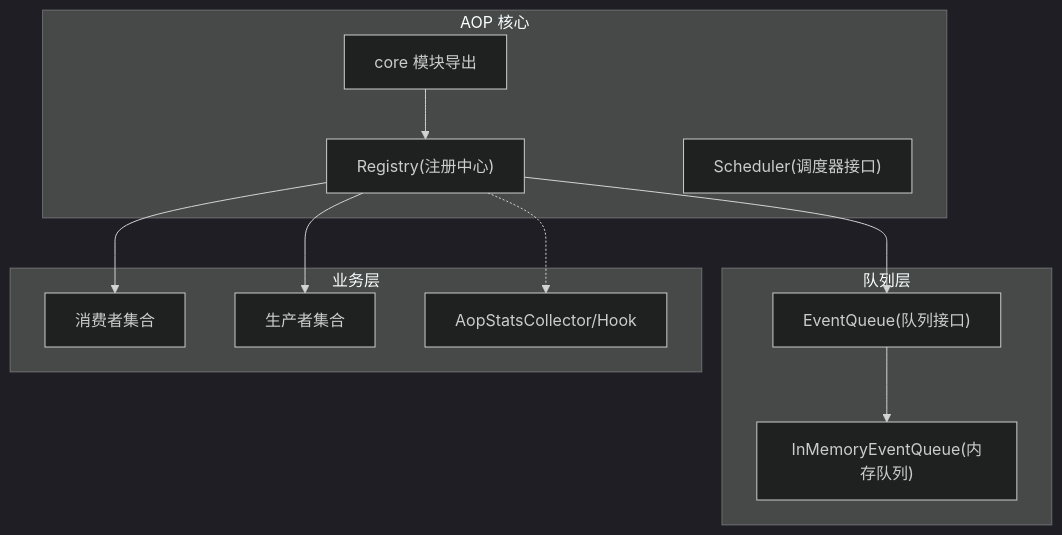
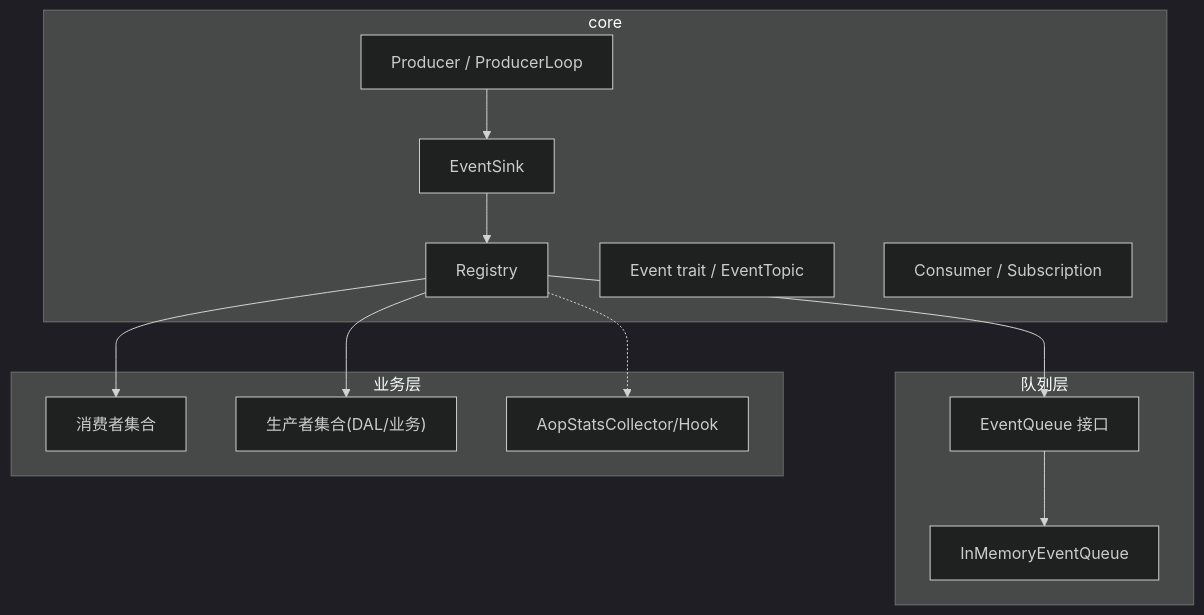
Before and after one commit to runningcoders/ai_orz: the first of 6 diagrams in docs/wiki/zh/content/核心模块/AOP 事件系统/AOP 事件系统.md, drawn with Mermaid (dark theme). The commit also changed other lines of this file and 37 other files, not shown here.

````diff
--- a/docs/wiki/zh/content/核心模块/AOP 事件系统/AOP 事件系统.md
+++ b/docs/wiki/zh/content/核心模块/AOP 事件系统/AOP 事件系统.md
@@ -59,23 +67,26 @@
 ```mermaid
 graph TB
-subgraph "AOP 核心"
-REG["Registry(注册中心)"]
-CORE_MOD["core 模块导出"]
-SCHED["Scheduler(调度器接口)"]
+subgraph "core"
+REG["Registry"]
+EV["Event trait / EventTopic"]
+CS["Consumer / Subscription"]
+PR["Producer / ProducerLoop"]
+ES["EventSink"]
 end
 subgraph "队列层"
-Q_IF["EventQueue(队列接口)"]
-Q_MEM["InMemoryEventQueue(内存队列)"]
+Q_IF["EventQueue 接口"]
+Q_MEM["InMemoryEventQueue"]
 end
 subgraph "业务层"
-CONSUMER["消费者集合"]
-PRODUCER["生产者集合"]
+CONS["消费者集合"]
+PRODS["生产者集合(DAL/业务)"]
 STATS["AopStatsCollector/Hook"]
 end
-CORE_MOD --> REG
 REG --> Q_IF
 Q_IF --> Q_MEM
-REG --> CONSUMER
-REG --> PRODUCER
+REG --> CONS
+REG --> PRODS
+PR --> ES
+ES --> REG
 REG -.-> STATS
 ```
````
